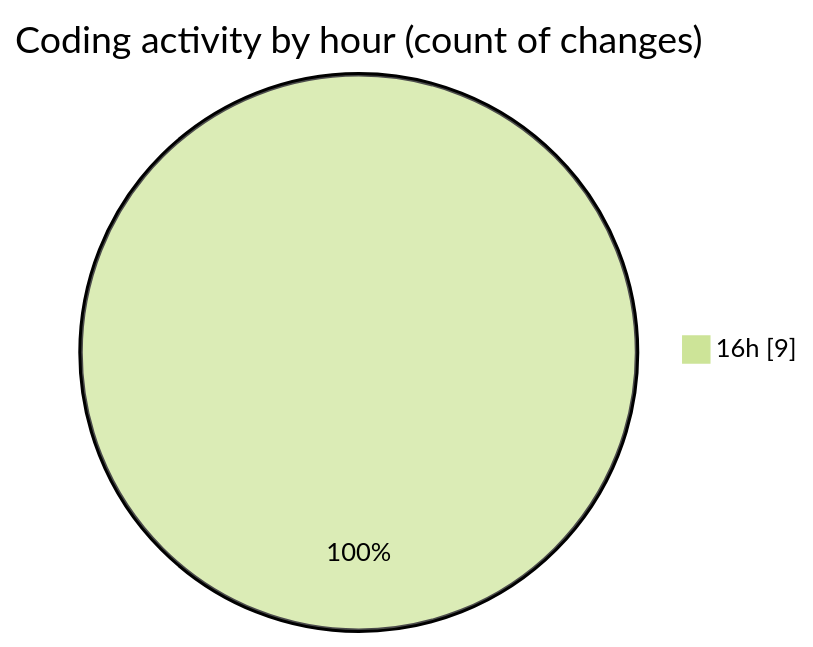
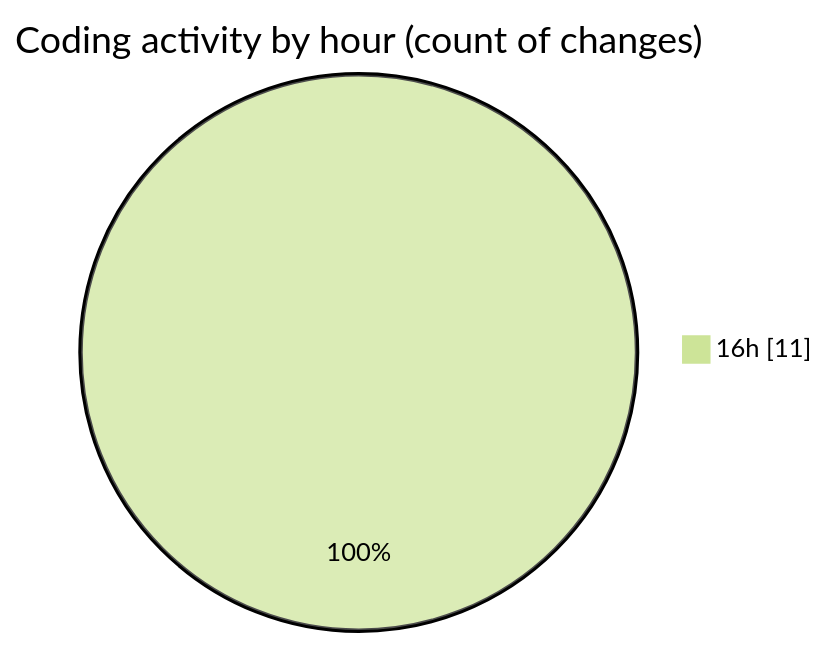
The second of 2 diagrams in 2025-01-28/java/README.md (NitaiMahat/code-tracking), drawn with Mermaid (forest theme) before and after one commit. The commit also changed other lines of this file and 1 other file, not shown here.

````diff
--- a/2025-01-28/java/README.md
+++ b/2025-01-28/java/README.md
@@ -29,5 +29,5 @@
 ```mermaid
 pie showData
 title Coding activity by hour (count of changes)
-"16h" : 9
+"16h" : 11
 ```
````
